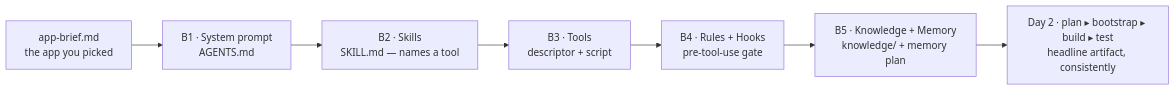
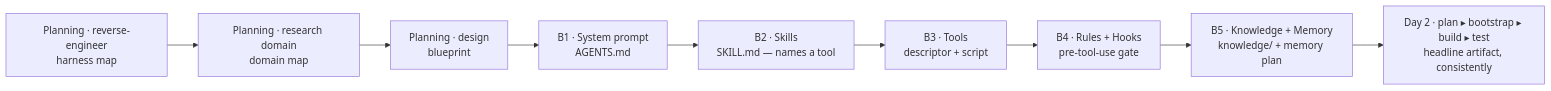
Before and after one commit to kingler/agentic-harness-engineering: the second of 2 diagrams in exercises/PARTICIPANT-JOURNEY.md, drawn with Mermaid. The commit also changed other lines of this file and 9 other files, not shown here.

````diff
--- a/exercises/PARTICIPANT-JOURNEY.md
+++ b/exercises/PARTICIPANT-JOURNEY.md
@@ -118,9 +133,11 @@
 ```mermaid
 flowchart LR
-    Brief["app-brief.md<br/>the app you picked"] --> B1A["B1 · System prompt<br/>AGENTS.md"]
+    P1["Planning · reverse-engineer<br/>harness map"] --> P2["Planning · research domain<br/>domain map"]
+    P2 --> P3["Planning · design<br/>blueprint"]
+    P3 --> B1A["B1 · System prompt<br/>AGENTS.md"]
     B1A --> B2A["B2 · Skills<br/>SKILL.md — names a tool"]
     B2A --> B3A["B3 · Tools<br/>descriptor + script"]
     B3A --> B4A["B4 · Rules + Hooks<br/>pre-tool-use gate"]
     B4A --> B5A["B5 · Knowledge + Memory<br/>knowledge/ + memory plan"]
     B5A --> D2A["Day 2 · plan ▸ bootstrap ▸ build ▸ test<br/>headline artifact, consistently"]
 ```
````
